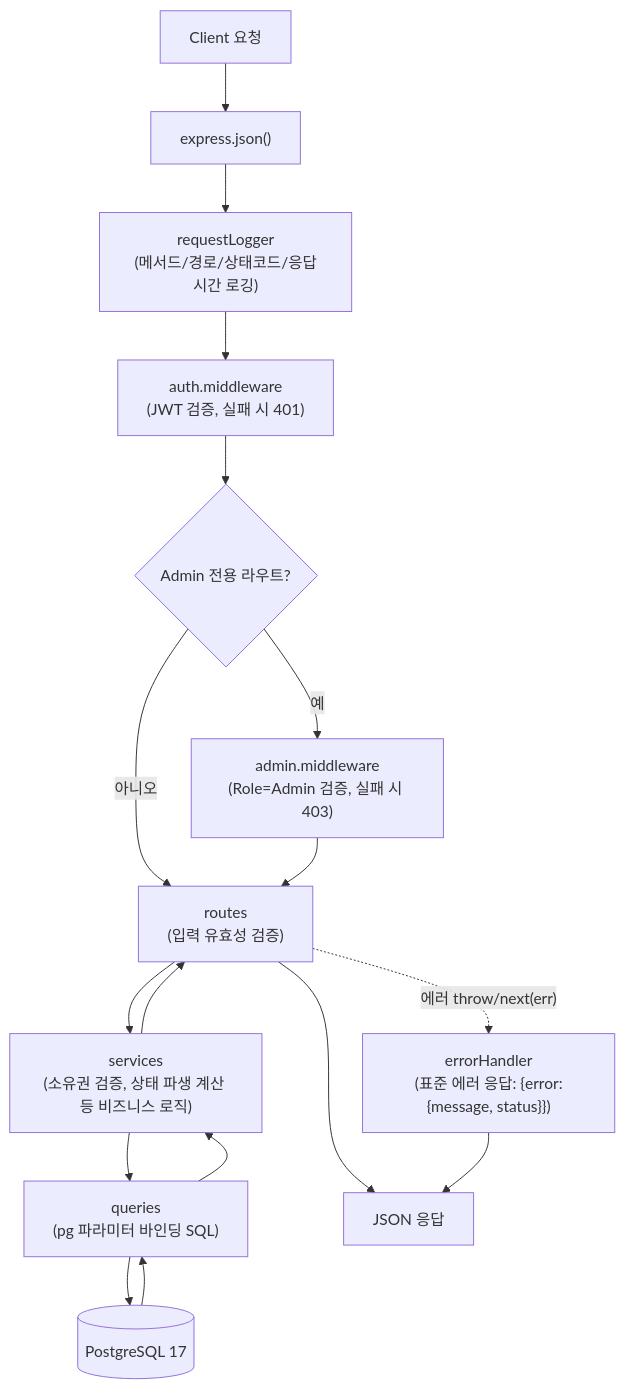
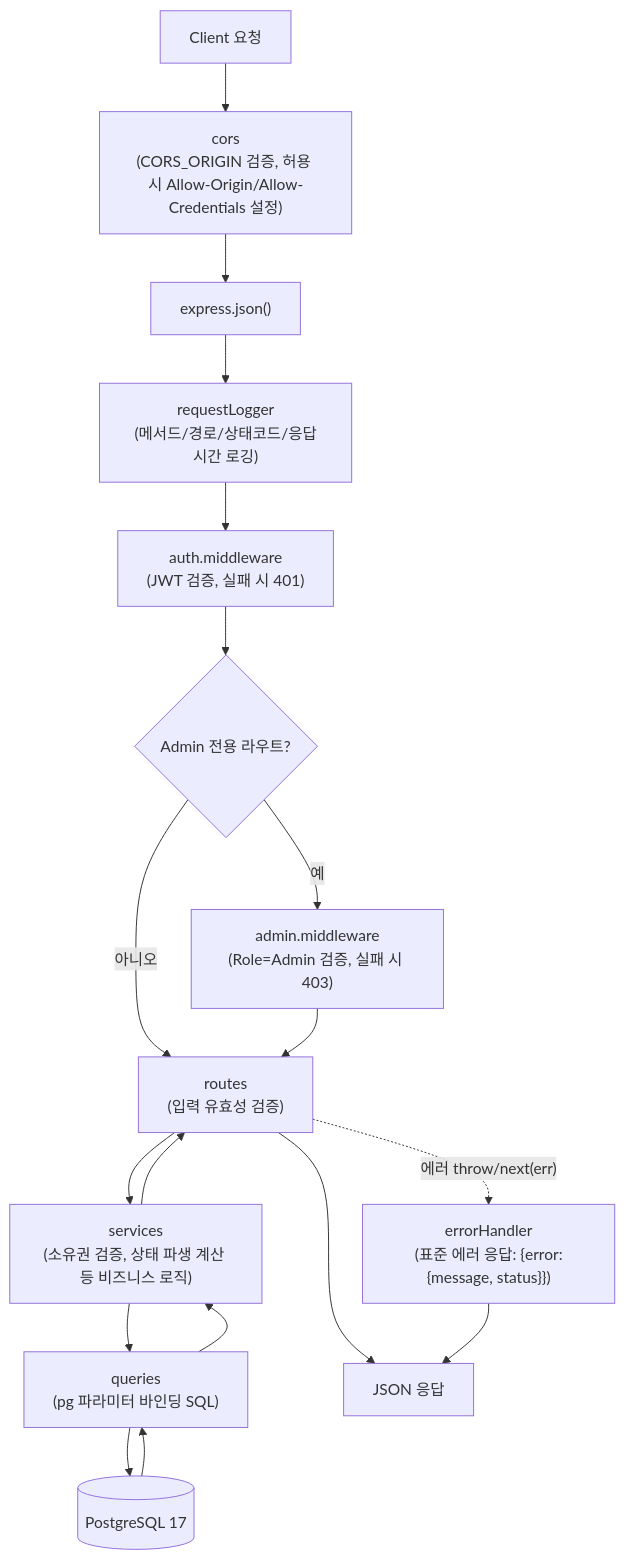
One commit to ParkJS86/my-ToDoList changed the second of 3 diagrams in docs/6-arch.md. Above: the diagram before and after it, drawn with Mermaid. The commit also changed other lines of this file and 11 other files, not shown here.

````diff
--- a/docs/6-arch.md
+++ b/docs/6-arch.md
@@ -43,16 +44,17 @@
 ```mermaid
 flowchart TD
-    A["Client 요청"] --> B["express.json()"]
+    A["Client 요청"] --> Z["cors\n(CORS_ORIGIN 검증, 허용 시 Allow-Origin/Allow-Credentials 설정)"]
+    Z --> B["express.json()"]
     B --> C["requestLogger\n(메서드/경로/상태코드/응답시간 로깅)"]
     C --> D["auth.middleware\n(JWT 검증, 실패 시 401)"]
     D --> E{"Admin 전용 라우트?"}
     E -- "예" --> F["admin.middleware\n(Role=Admin 검증, 실패 시 403)"]
     E -- "아니오" --> G["routes\n(입력 유효성 검증)"]
     F --> G
     G --> H["services\n(소유권 검증, 상태 파생 계산 등 비즈니스 로직)"]
     H --> I["queries\n(pg 파라미터 바인딩 SQL)"]
     I --> J[("PostgreSQL 17")]
     J --> I --> H --> G --> K["JSON 응답"]
     G -. "에러 throw/next(err)" .-> L["errorHandler\n(표준 에러 응답: {error:{message, status}})"]
     L --> K
 ```
````
